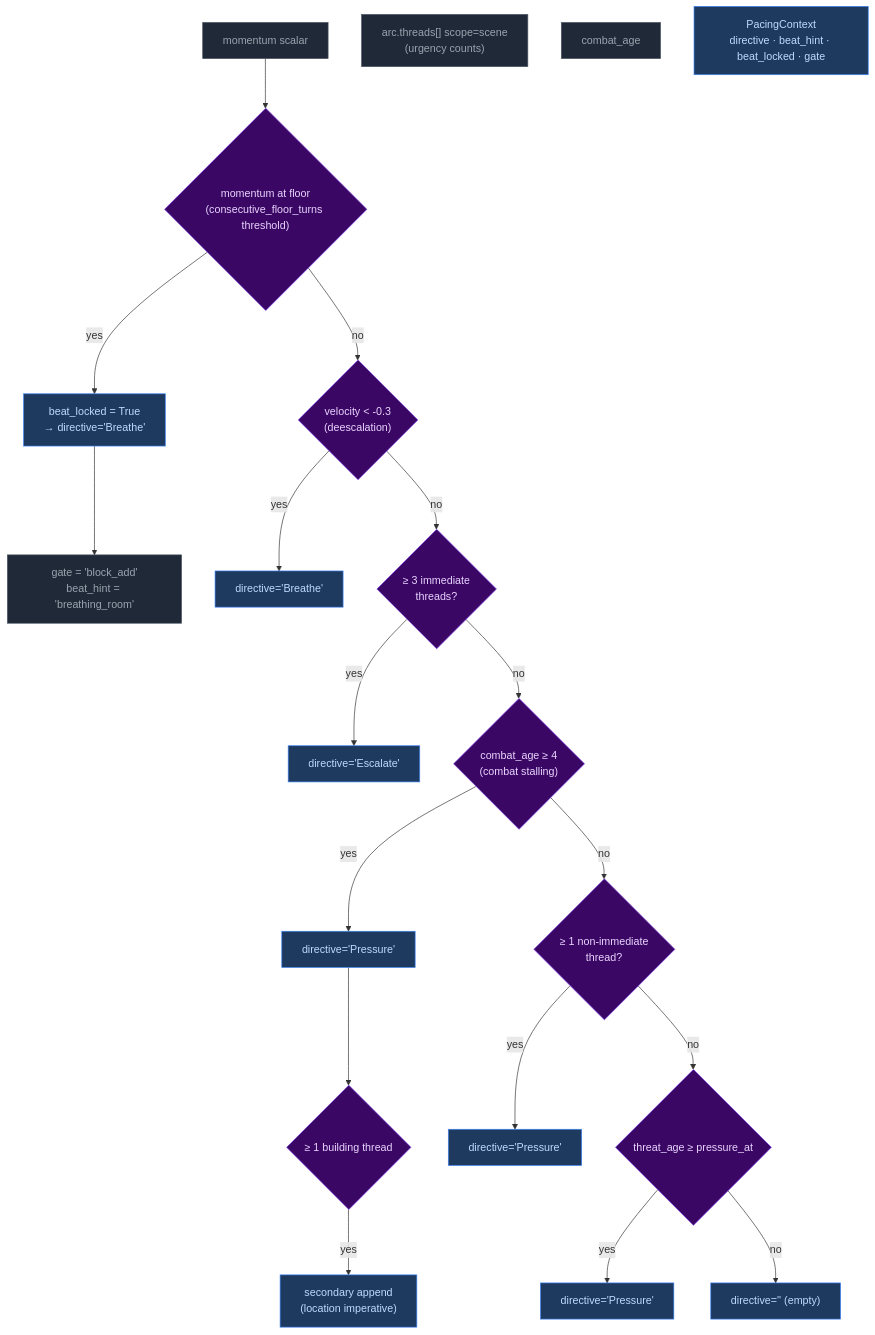
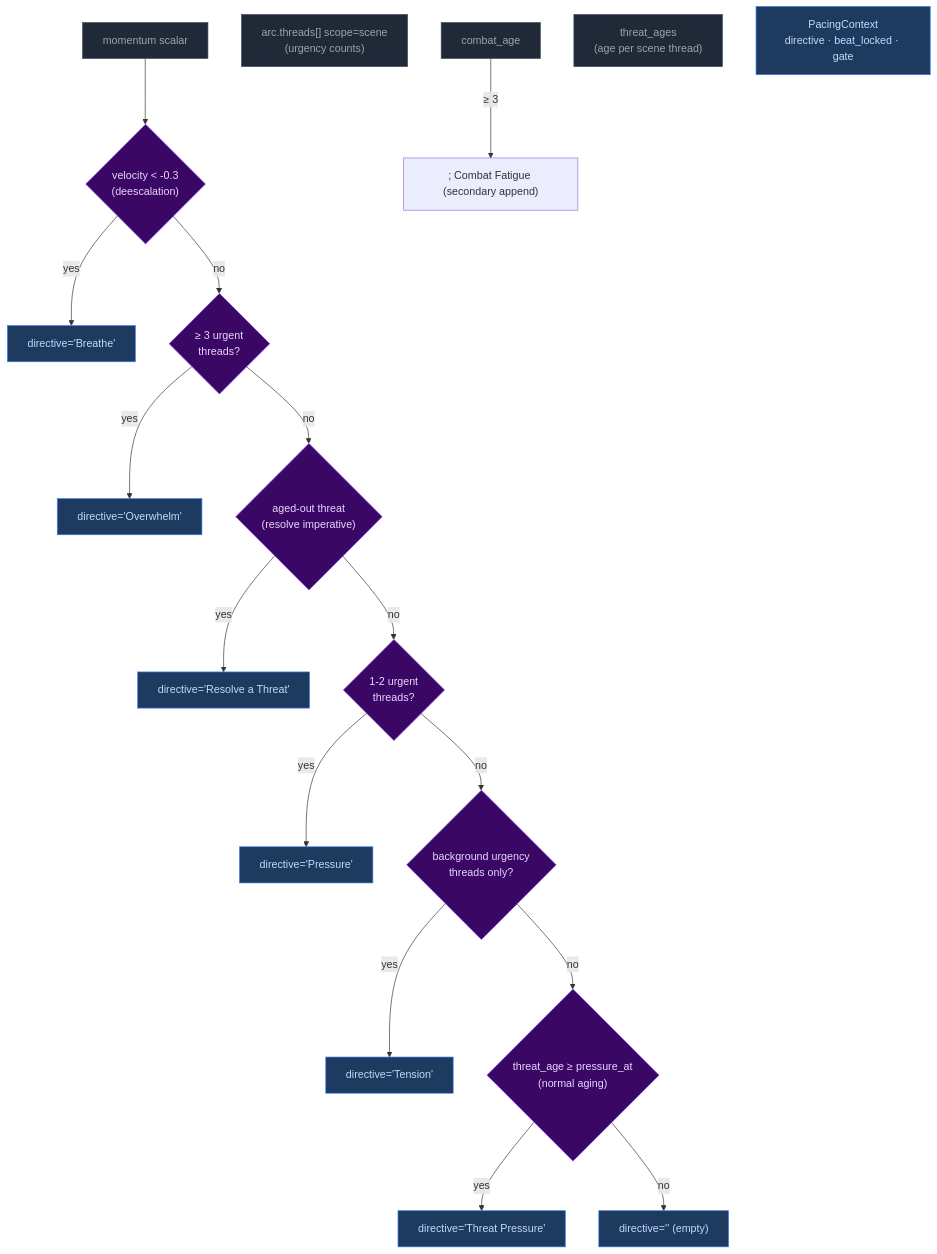
The first of 2 diagrams in docs/architecture/pacing-context.md (pww217/fablethread), drawn with Mermaid before and after one commit. The commit also changed other lines of this file and 13 other files, not shown here.

````diff
--- a/docs/architecture/pacing-context.md
+++ b/docs/architecture/pacing-context.md
@@ -22,30 +21,29 @@
 ```mermaid
 flowchart TD
     classDef pyNode fill:#1f2937,color:#9ca3af,stroke:#4b5563
     classDef decision fill:#3b0764,color:#e9d5ff,stroke:#7c3aed
     classDef output fill:#1e3a5f,color:#bfdbfe,stroke:#3b82f6
 
     M["momentum scalar"]:::pyNode
     T["arc.threads[] scope=scene<br>(urgency counts)"]:::pyNode
     CA["combat_age"]:::pyNode
+    TA["threat_ages<br>(age per scene thread)"]:::pyNode
 
-    M --> D1{"momentum at floor<br>(consecutive_floor_turns threshold)"}:::decision
-    D1 -- yes --> BL["beat_locked = True<br>→ directive='Breathe'"]:::output
-    D1 -- no --> D2{"velocity < -0.3<br>(deescalation)"}:::decision
-    D2 -- yes --> B1["directive='Breathe'"]:::output
-    D2 -- no --> D3{"≥ 3 immediate<br>threads?"}:::decision
-    D3 -- yes --> B2["directive='Escalate'"]:::output
-    D3 -- no --> D4{"combat_age ≥ 4<br>(combat stalling)"}:::decision
-    D4 -- yes --> B3["directive='Pressure'"]:::output
-    D4 -- no --> D5{"≥ 1 non-immediate<br>thread?"}:::decision
-    D5 -- yes --> B4["directive='Pressure'"]:::output
-    D5 -- no --> D6{"threat_age ≥ pressure_at"}:::decision
-    D6 -- yes --> B5["directive='Pressure'"]:::output
+    M --> D1{"velocity < -0.3<br>(deescalation)"}:::decision
+    D1 -- yes --> B1["directive='Breathe'"]:::output
+    D1 -- no --> D2{"≥ 3 urgent<br>threads?"}:::decision
+    D2 -- yes --> B2["directive='Overwhelm'"]:::output
+    D2 -- no --> D3{"aged-out threat<br>(resolve imperative)"}:::decision
+    D3 -- yes --> B3["directive='Resolve a Threat'"]:::output
+    D3 -- no --> D4{"1-2 urgent<br>threads?"}:::decision
+    D4 -- yes --> B4["directive='Pressure'"]:::output
+    D4 -- no --> D5{"background urgency<br>threads only?"}:::decision
+    D5 -- yes --> B5["directive='Tension'"]:::output
+    D5 -- no --> D6{"threat_age ≥ pressure_at<br>(normal aging)"}:::decision
+    D6 -- yes --> B6["directive='Threat Pressure'"]:::output
     D6 -- no --> B7["directive='' (empty)"]:::output
 
-    BL --> G1["gate = 'block_add'<br>beat_hint = 'breathing_room'"]:::pyNode
-    B3 --> S3{"≥ 1 building thread"}:::decision
-    S3 -- yes --> SEC3["secondary append<br>(location imperative)"]:::output
+    CA -- "≥ 3" --> SEC["; Combat Fatigue (secondary append)"]
 
-    FINAL["PacingContext<br>directive · beat_hint · beat_locked · gate"]:::output
+    FINAL["PacingContext<br>directive · beat_locked · gate"]:::output
 ```
````
